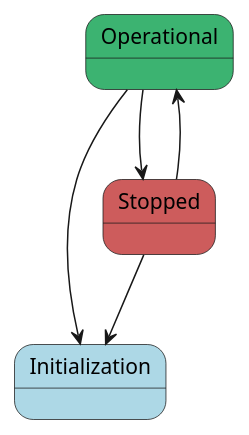
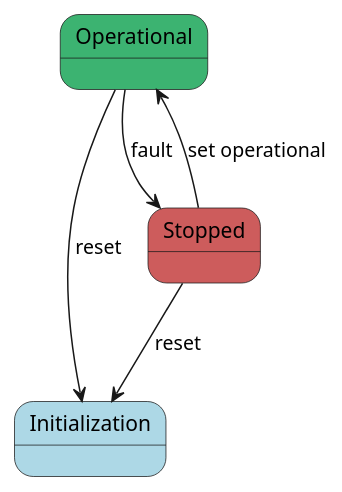
Before and after one commit to pall23-mech/EmbeddedSysGr1: the diagram in DynamicController/docs/diagrams/src/state_part2.puml, drawn with PlantUML.

Commit message:
Uml part 2 ok

```diff
--- a/DynamicController/docs/diagrams/src/state_part2.puml
+++ b/DynamicController/docs/diagrams/src/state_part2.puml
@@ -1,17 +1,17 @@
 @startuml State 2
 
 state "Initialization" as I #LightBlue
 
 state "Operational" as O #MediumSeaGreen
 
 state "Stopped" as S #IndianRed
 
 
-O --> I
-O --> S
+O --> I :reset
+O --> S :fault
 
-S --> O
-S --> I
+S --> O :set operational
+S --> I :reset
 
 
 @enduml
```
